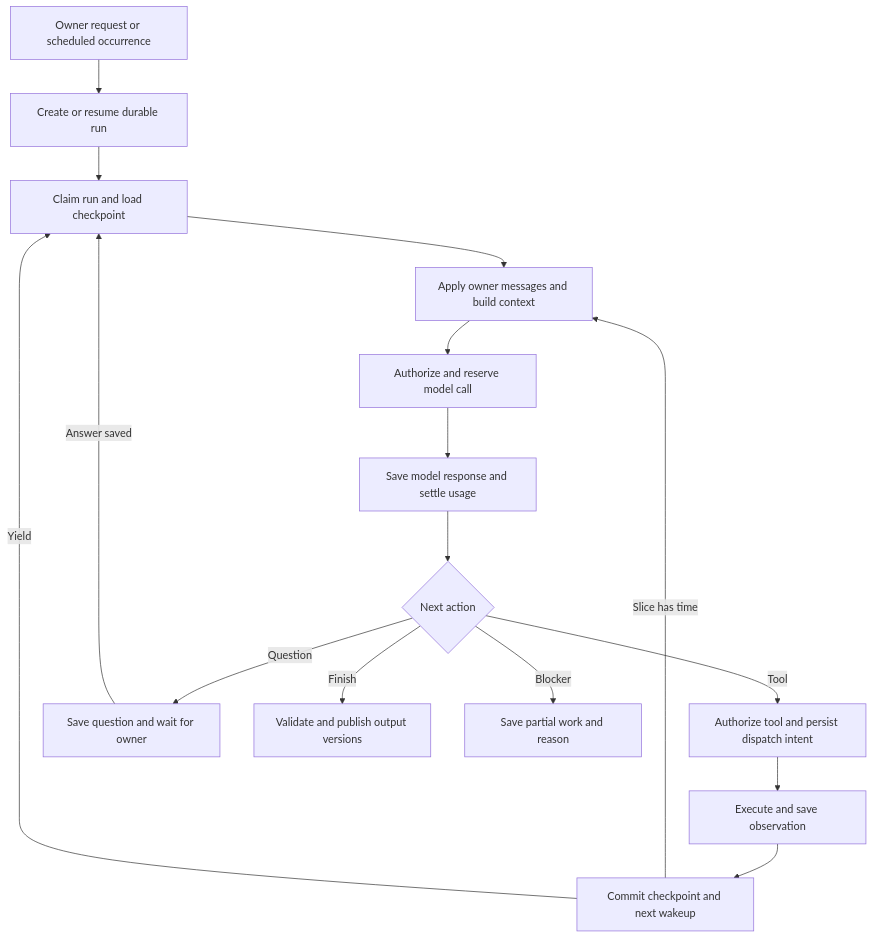
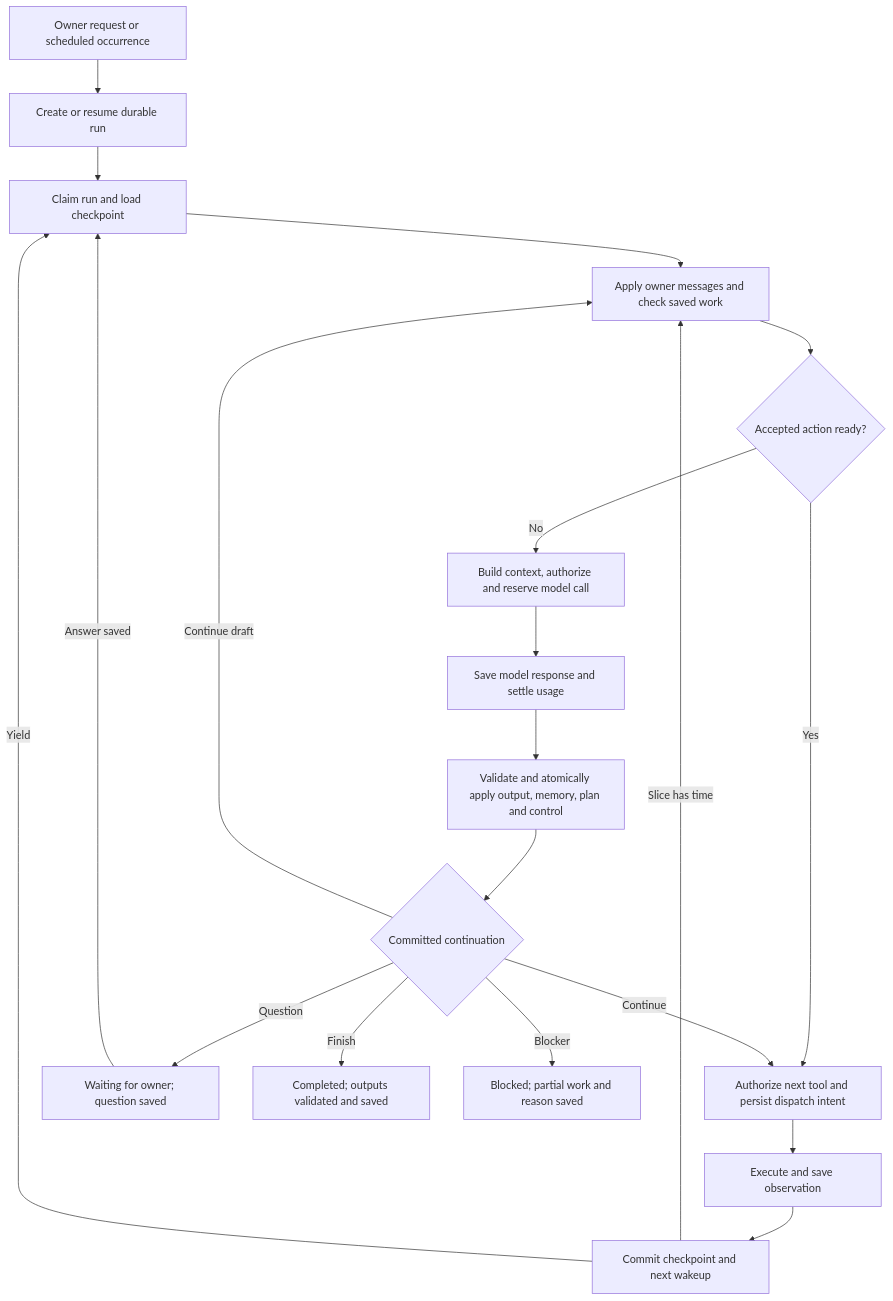
Before and after one commit to alekst23/habitat-mvp: the diagram in docs/design/durable-agent-execution.md, drawn with Mermaid. The commit also changed other lines of this file and 194 other files, not shown here.

````diff
--- a/docs/design/durable-agent-execution.md
+++ b/docs/design/durable-agent-execution.md
@@ -79,18 +244,22 @@
 ```mermaid
 flowchart TD
     A[Owner request or scheduled occurrence] --> B[Create or resume durable run]
     B --> C[Claim run and load checkpoint]
-    C --> D[Apply owner messages and build context]
-    D --> E[Authorize and reserve model call]
+    C --> D[Apply owner messages and check saved work]
+    D --> N{Accepted action ready?}
+    N -->|Yes| H
+    N -->|No| E[Build context, authorize and reserve model call]
     E --> F[Save model response and settle usage]
-    F --> G{Next action}
-    G -->|Tool| H[Authorize tool and persist dispatch intent]
+    F --> V[Validate and atomically apply output, memory, plan and control]
+    V --> G{Committed continuation}
+    G -->|Continue| H[Authorize next tool and persist dispatch intent]
+    G -->|Continue draft| D
     H --> I[Execute and save observation]
     I --> J[Commit checkpoint and next wakeup]
     J -->|Slice has time| D
     J -->|Yield| C
-    G -->|Question| K[Save question and wait for owner]
+    G -->|Question| K[Waiting for owner; question saved]
     K -->|Answer saved| C
-    G -->|Finish| L[Validate and publish output versions]
-    G -->|Blocker| M[Save partial work and reason]
+    G -->|Finish| L[Completed; outputs validated and saved]
+    G -->|Blocker| M[Blocked; partial work and reason saved]
 ```
````
